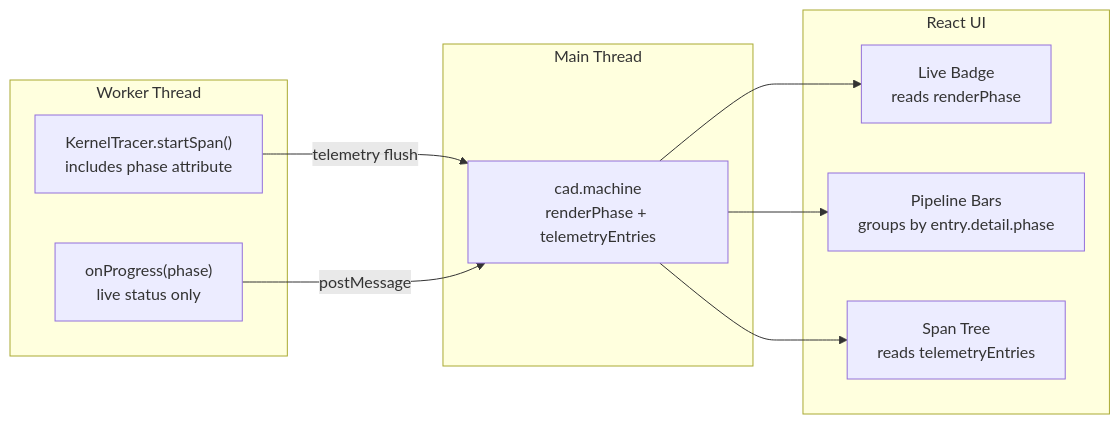
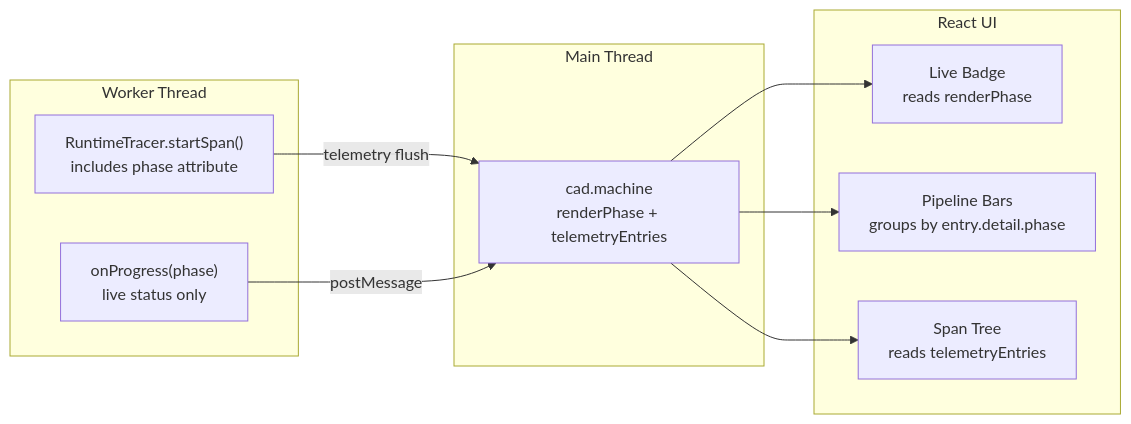
Before and after one commit to xupeiwust/tau: the diagram in .cursor/plans/pipeline_timing_via_phase_attributes_2986ef79.plan.md, drawn with Mermaid. The commit also changed 256 other files, not shown here.

````diff
--- a/.cursor/plans/pipeline_timing_via_phase_attributes_2986ef79.plan.md
+++ b/.cursor/plans/pipeline_timing_via_phase_attributes_2986ef79.plan.md
@@ -29,23 +29,23 @@
 ```mermaid
 flowchart LR
     subgraph worker [Worker Thread]
-        Tracer["KernelTracer.startSpan()<br/>includes phase attribute"]
+        Tracer["RuntimeTracer.startSpan()<br/>includes phase attribute"]
         Progress["onProgress(phase)<br/>live status only"]
     end
 
     subgraph main [Main Thread]
         CadMachine["cad.machine<br/>renderPhase + telemetryEntries"]
     end
 
     subgraph ui [React UI]
         Badge["Live Badge<br/>reads renderPhase"]
         Pipeline["Pipeline Bars<br/>groups by entry.detail.phase"]
         Tree["Span Tree<br/>reads telemetryEntries"]
     end
 
     Tracer -->|telemetry flush| CadMachine
     Progress -->|postMessage| CadMachine
     CadMachine --> Badge
     CadMachine --> Pipeline
     CadMachine --> Tree
 ```
````
